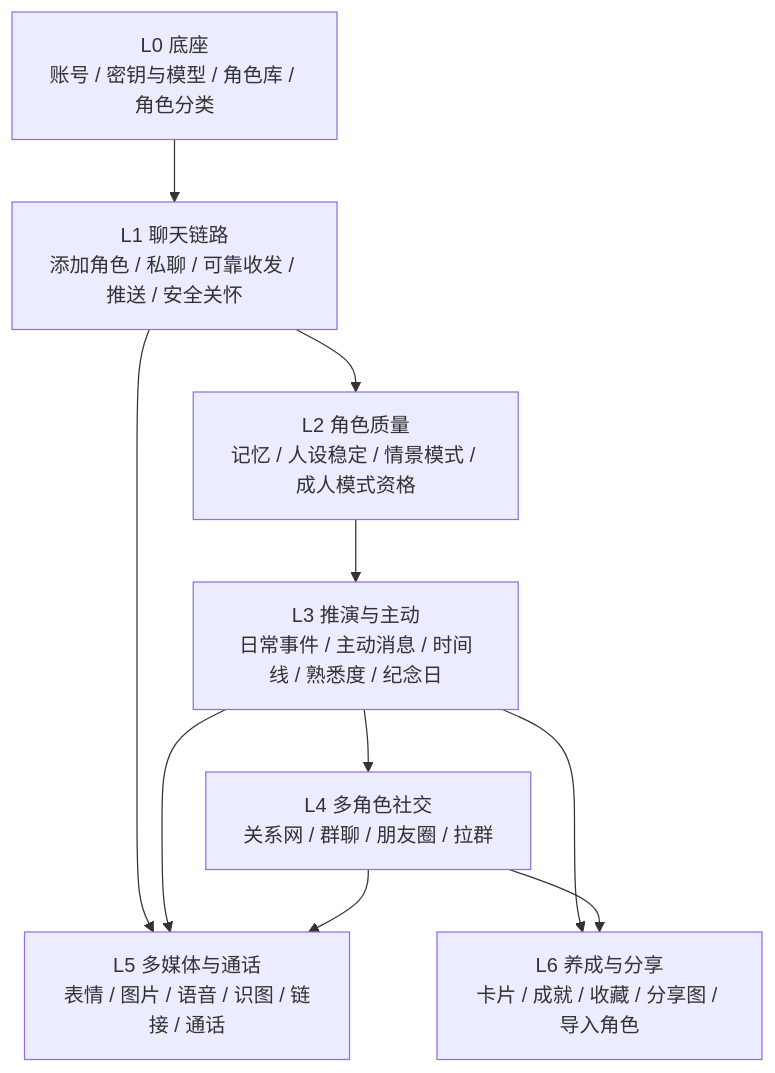
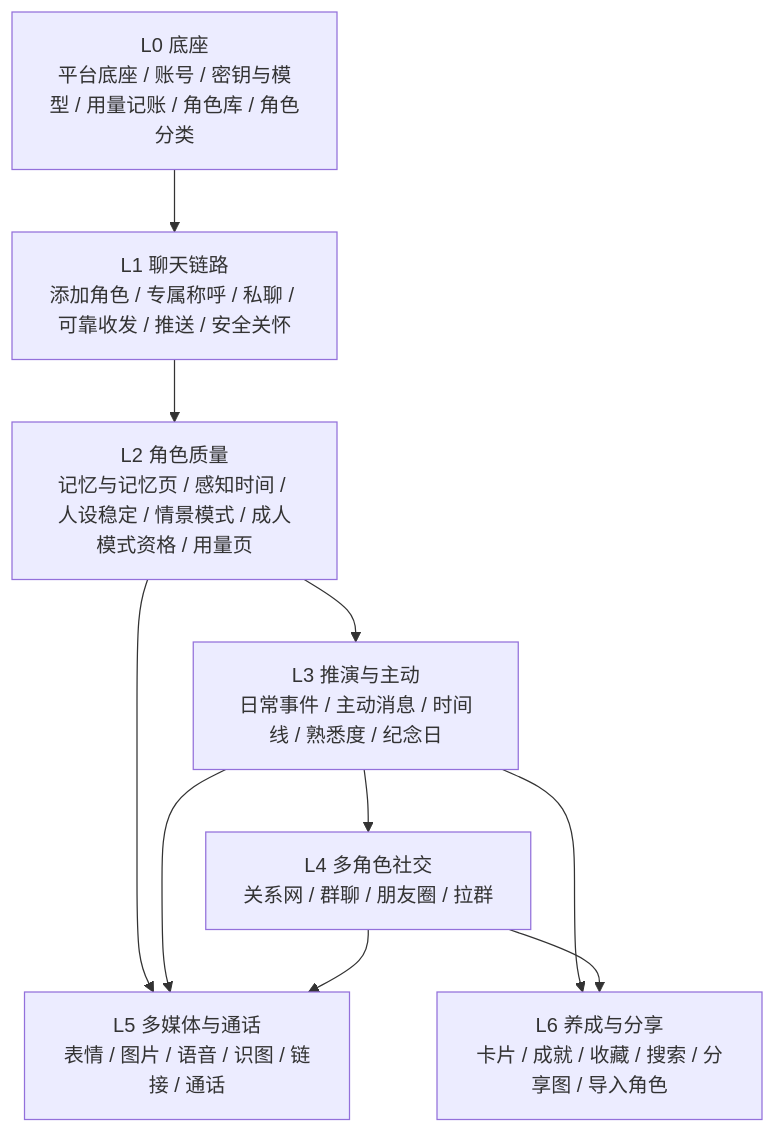
Before and after one commit to yottermanzione-ship-it/weiban: the diagram in docs/product/prd-v1.md, drawn with Mermaid. The commit also changed other lines of this file and 18 other files, not shown here.

````diff
--- a/docs/product/prd-v1.md
+++ b/docs/product/prd-v1.md
@@ -253,12 +294,12 @@
 ```mermaid
 graph TD
-  L0[L0 底座<br/>账号 / 密钥与模型 / 角色库 / 角色分类] --> L1[L1 聊天链路<br/>添加角色 / 私聊 / 可靠收发 / 推送 / 安全关怀]
-  L1 --> L2[L2 角色质量<br/>记忆 / 人设稳定 / 情景模式 / 成人模式资格]
+  L0[L0 底座<br/>平台底座 / 账号 / 密钥与模型 / 用量记账 / 角色库 / 角色分类] --> L1[L1 聊天链路<br/>添加角色 / 专属称呼 / 私聊 / 可靠收发 / 推送 / 安全关怀]
+  L1 --> L2[L2 角色质量<br/>记忆与记忆页 / 感知时间 / 人设稳定 / 情景模式 / 成人模式资格 / 用量页]
   L2 --> L3[L3 推演与主动<br/>日常事件 / 主动消息 / 时间线 / 熟悉度 / 纪念日]
   L3 --> L4[L4 多角色社交<br/>关系网 / 群聊 / 朋友圈 / 拉群]
-  L1 --> L5[L5 多媒体与通话<br/>表情 / 图片 / 语音 / 识图 / 链接 / 通话]
+  L2 --> L5[L5 多媒体与通话<br/>表情 / 图片 / 语音 / 识图 / 链接 / 通话]
   L3 --> L5
   L4 --> L5
-  L3 --> L6[L6 养成与分享<br/>卡片 / 成就 / 收藏 / 分享图 / 导入角色]
+  L3 --> L6[L6 养成与分享<br/>卡片 / 成就 / 收藏 / 搜索 / 分享图 / 导入角色]
   L4 --> L6
 ```
````
